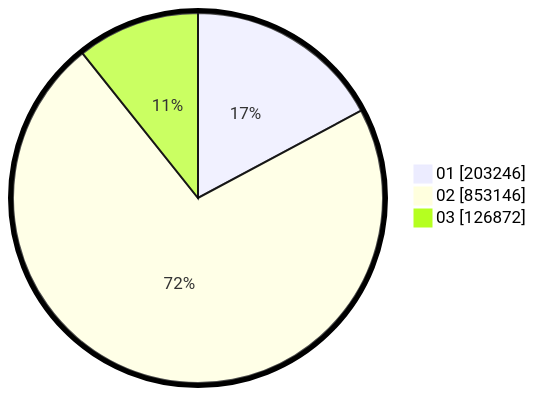
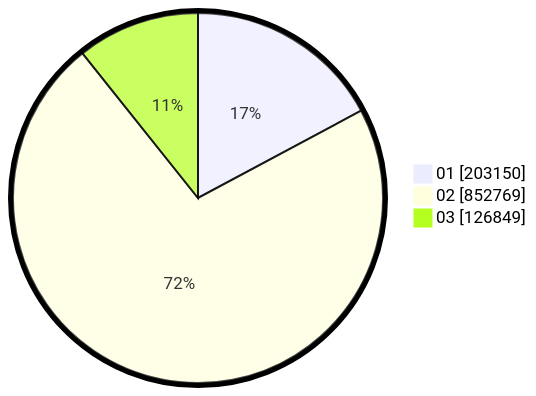
One commit to gigit-pemilu/pemilu-2024 changed the second of 2 diagrams in pilpres/hitung-suara/sub/table-wilayah-62.md. Above: the diagram before and after it, drawn with Mermaid. The commit also changed other lines of this file and 12 other files, not shown here.

````diff
--- a/pilpres/hitung-suara/sub/table-wilayah-62.md
+++ b/pilpres/hitung-suara/sub/table-wilayah-62.md
@@ -15,7 +15,7 @@
 ```mermaid
 %%{init: {"pie": {"textPosition": 0.5}, "themeVariables": {"pieOuterStrokeWidth": "5px"}} }%%
 pie showData
-    "01" : 203246
-    "02" : 853146
-    "03" : 126872
+    "01" : 203150
+    "02" : 852769
+    "03" : 126849
 ```
````
